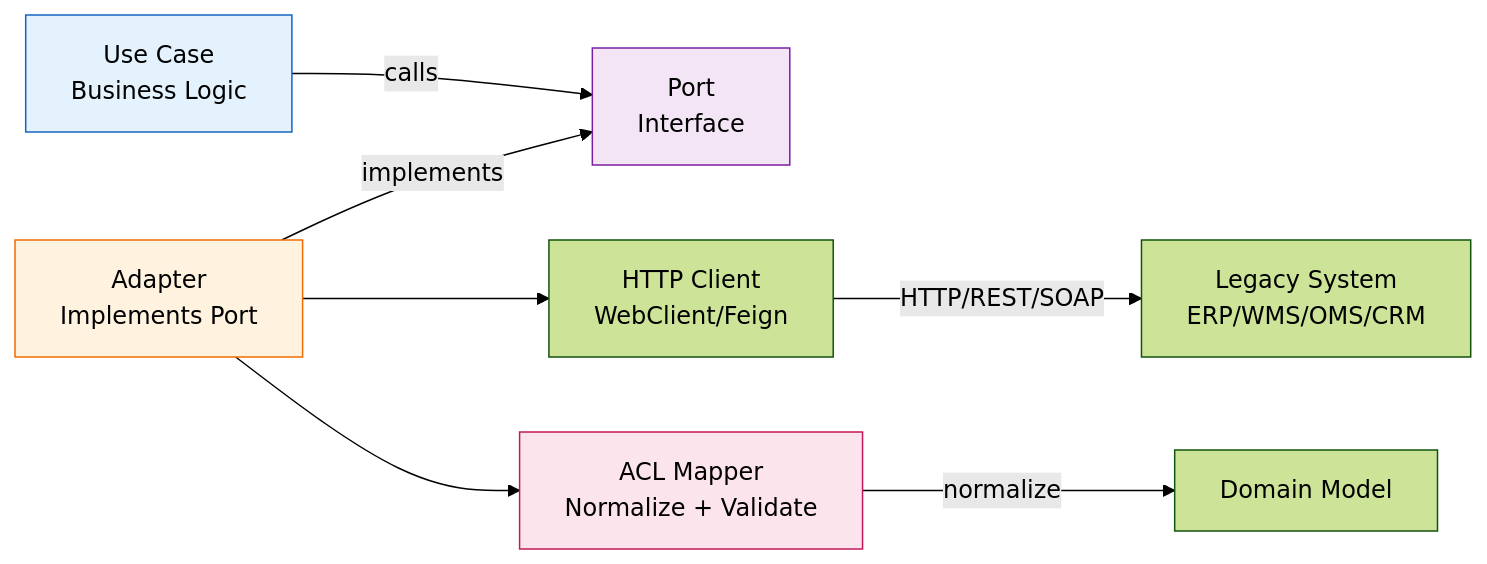
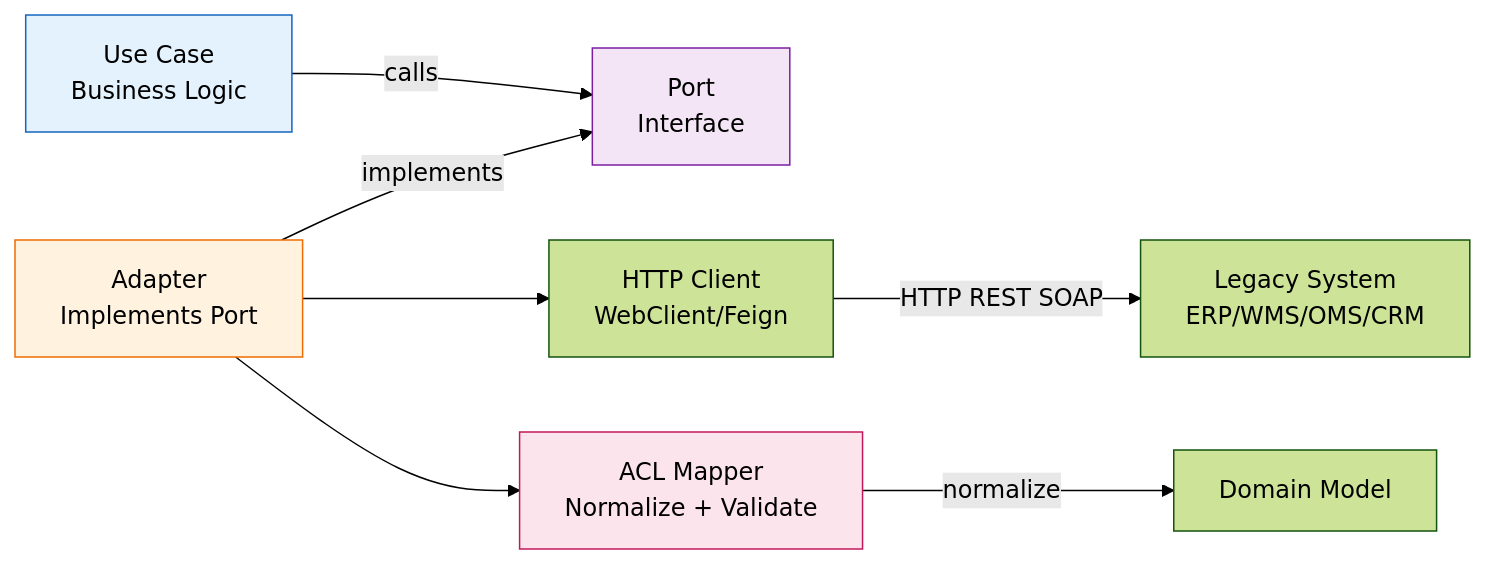
Before and after one commit to shadoweagle1228/prueba-vortex: the third of 5 diagrams in ARCHITECTURE.md, drawn with Mermaid (forest theme). The commit also changed other lines of this file and 1 other file, not shown here.

````diff
--- a/ARCHITECTURE.md
+++ b/ARCHITECTURE.md
@@ -251,25 +251,25 @@
 ```mermaid
 flowchart LR
     PORT["Port<br/>Interface"]
     USECASE["Use Case<br/>Business Logic"]
 
     ADAPTER["Adapter<br/>Implements Port"]
     CLIENT["HTTP Client<br/>WebClient/Feign"]
     MAPPER["ACL Mapper<br/>Normalize + Validate"]
 
     LEGACY["Legacy System<br/>ERP/WMS/OMS/CRM"]
 
     DOMAIN["Domain Model"]
 
     USECASE -->|calls| PORT
     ADAPTER -->|implements| PORT
     ADAPTER --> CLIENT
     ADAPTER --> MAPPER
-    CLIENT -->|HTTP/REST/SOAP| LEGACY
+    CLIENT -->|HTTP REST SOAP| LEGACY
     MAPPER -->|normalize| DOMAIN
 
     style PORT fill:#f3e5f5,stroke:#7b1fa2
     style USECASE fill:#e3f2fd,stroke:#1565c0
     style ADAPTER fill:#fff3e0,stroke:#ef6c00
     style MAPPER fill:#fce4ec,stroke:#c2185b
 ```
````
